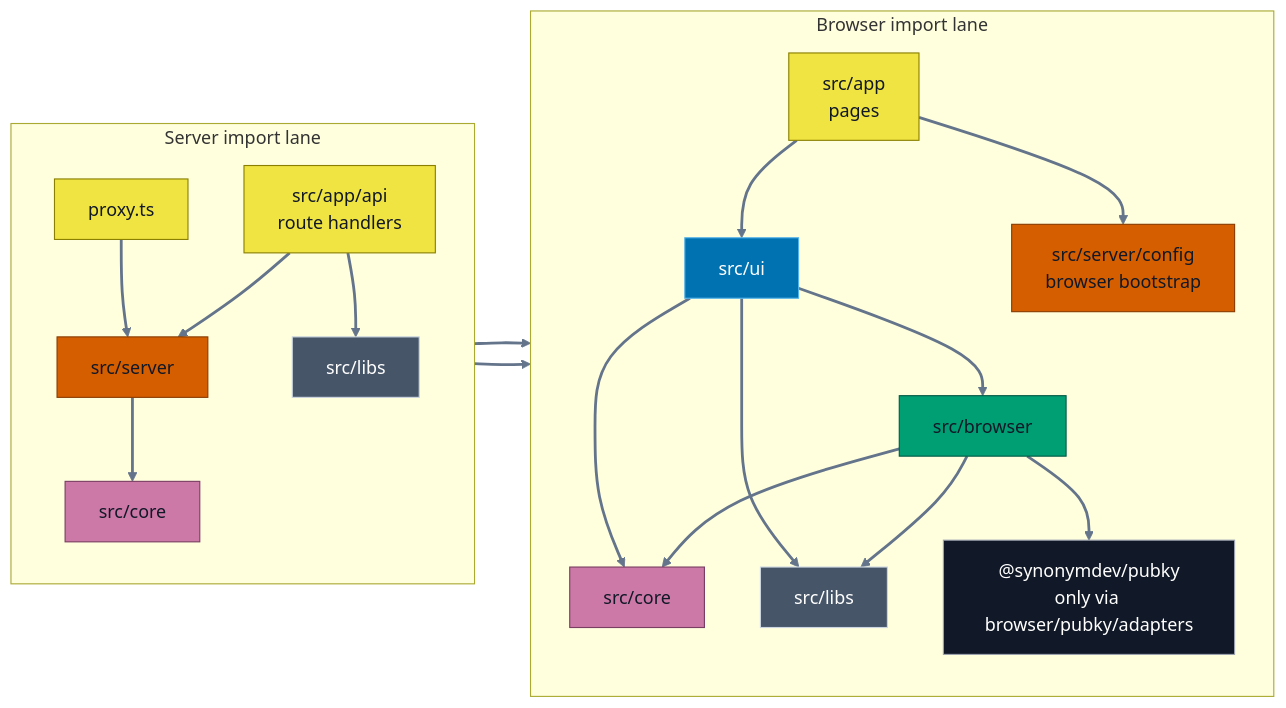
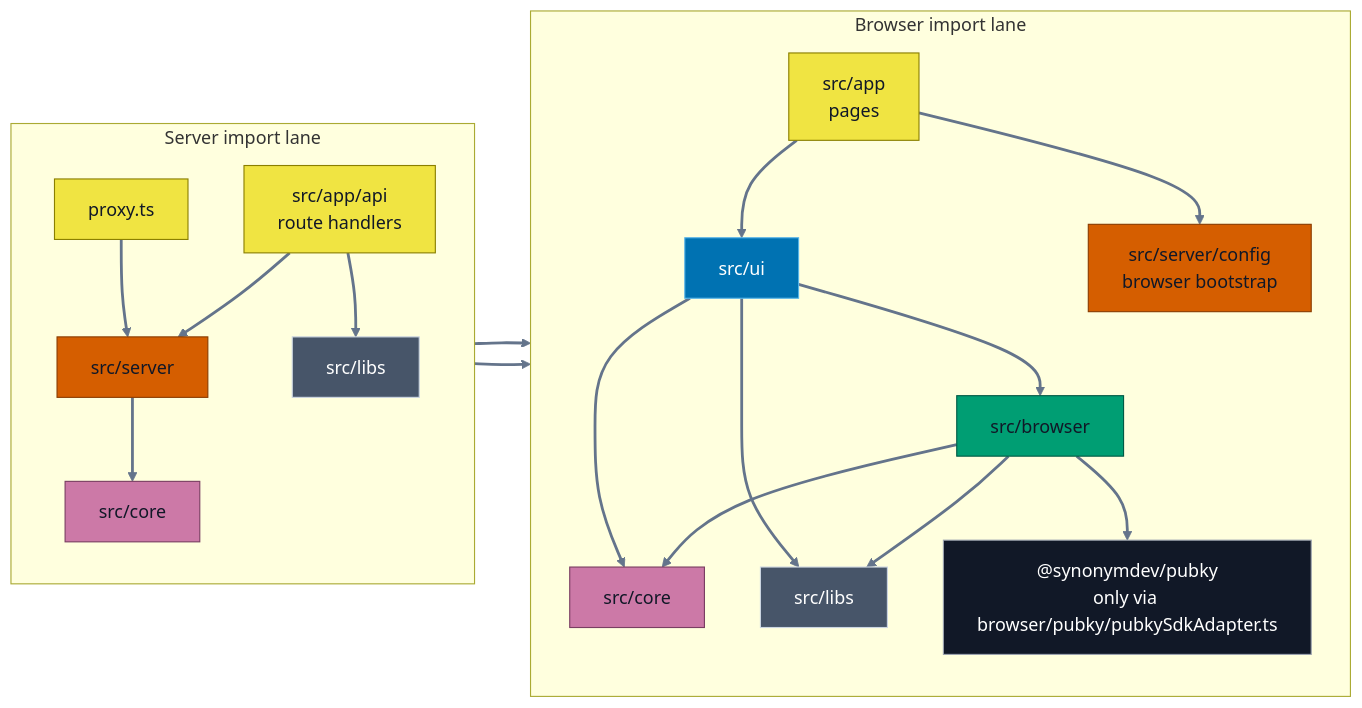
Before and after one commit to pubky/pubky-passport: the second of 14 diagrams in FLOWS.md, drawn with Mermaid. The commit also changed other lines of this file and 26 other files, not shown here.

Commit message:
refactor: flatten browser pubky feature

````diff
--- a/FLOWS.md
+++ b/FLOWS.md
@@ -42,34 +42,34 @@
 ```mermaid
 flowchart LR
     accTitle: Current production import boundaries
     accDescr: Direct imports from app pages and route handlers into UI, browser, server, core, libraries, and the Pubky SDK adapter.
     subgraph browserLane[Browser import lane]
         direction TB
         pages["src/app<br/>pages"]:::transport --> ui["src/ui"]:::ui --> browser["src/browser"]:::browser
         pages --> bootstrap["src/server/config<br/>browser bootstrap"]:::server
         ui --> browserCore["src/core"]:::core
         ui --> browserLibs["src/libs"]:::libs
         browser --> browserCore
         browser --> browserLibs
-        browser --> sdk["@synonymdev/pubky<br/>only via browser/pubky/adapters"]:::external
+        browser --> sdk["@synonymdev/pubky<br/>only via browser/pubky/pubkySdkAdapter.ts"]:::external
     end
 
     subgraph serverLane[Server import lane]
         direction TB
         routes["src/app/api<br/>route handlers"]:::transport --> server["src/server"]:::server
         proxy["proxy.ts"]:::transport --> server
         proxy --> bootstrap
         server --> bootstrap
         routes --> serverLibs["src/libs"]:::libs
         server --> serverCore["src/core"]:::core
     end
 
     classDef transport fill:#F0E442,stroke:#8A7F00,color:#111827;
     classDef ui fill:#0072B2,stroke:#56B4E9,color:#fff;
     classDef browser fill:#009E73,stroke:#005A45,color:#111827;
     classDef server fill:#D55E00,stroke:#8A3C00,color:#111827;
     classDef core fill:#CC79A7,stroke:#7A3E62,color:#111827;
     classDef libs fill:#475569,stroke:#cbd5e1,color:#fff;
     classDef external fill:#111827,stroke:#9ca3af,color:#fff;
     linkStyle default stroke:#64748B,stroke-width:2.5px;
 ```
````
